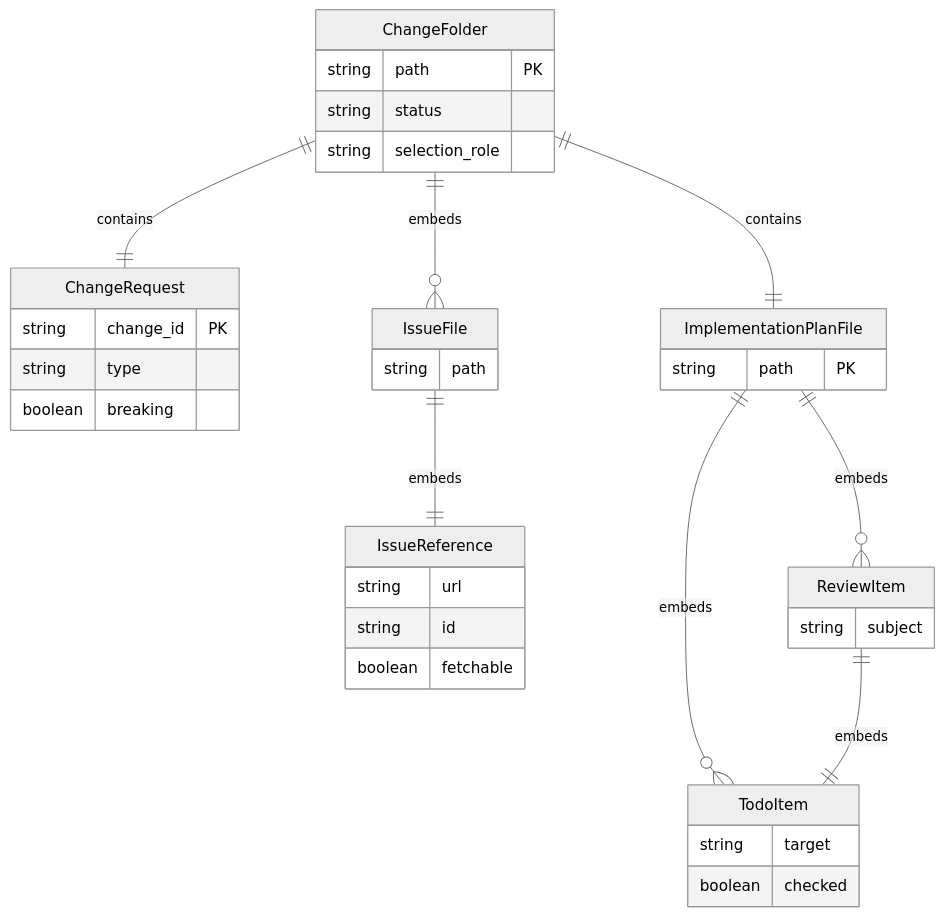
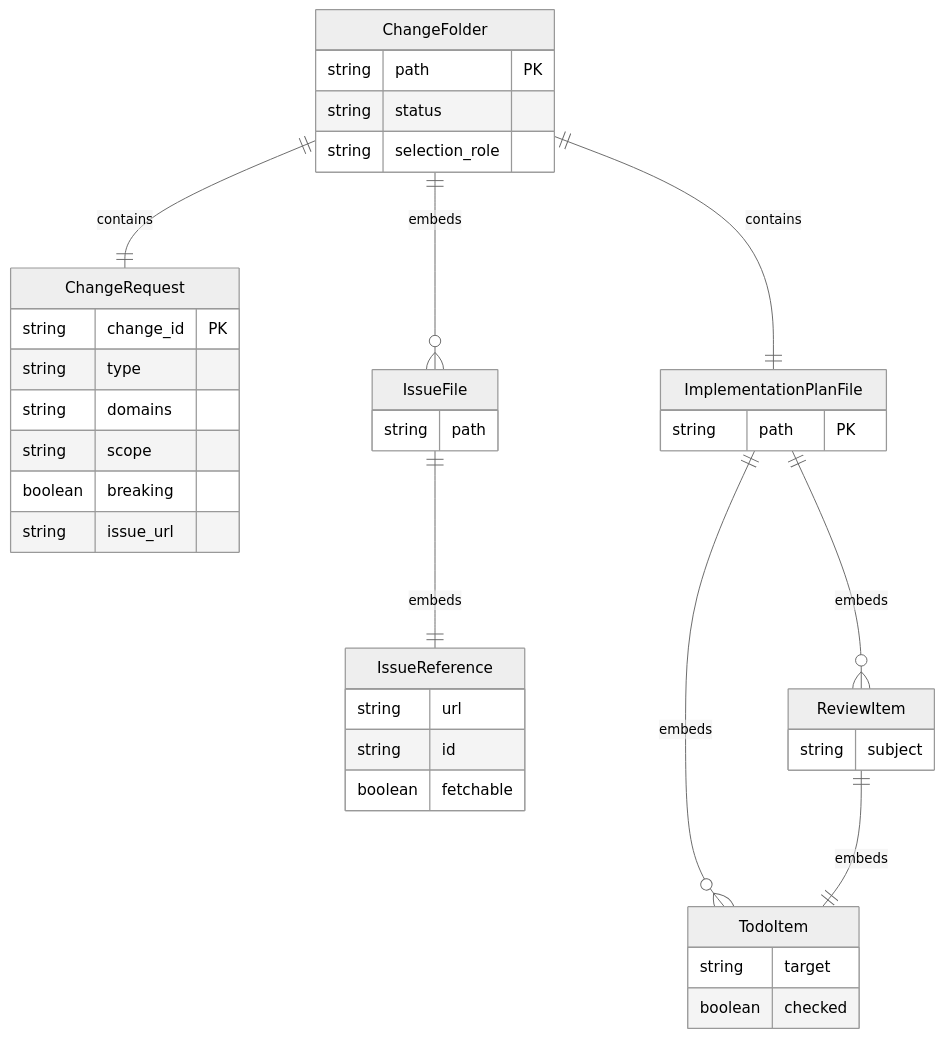
The fourth of 4 diagrams in uspecs/specs/prod/softeng/context.md (untillpro/uspecs), drawn with Mermaid (neutral theme) before and after one commit. The commit also changed other lines of this file and 13 other files, not shown here.

````diff
--- a/uspecs/specs/prod/softeng/context.md
+++ b/uspecs/specs/prod/softeng/context.md
@@ -213,38 +213,41 @@
 ```mermaid
 erDiagram
     ChangeFolder {
         string path PK
         string status
         string selection_role
     }
     ChangeRequest {
         string change_id PK
         string type
+        string domains
+        string scope
         boolean breaking
+        string issue_url
     }
     IssueReference {
         string url
         string id
         boolean fetchable
     }
     IssueFile {
         string path
     }
     ImplementationPlanFile {
         string path PK
     }
     TodoItem {
         string target
         boolean checked
     }
     ReviewItem {
         string subject
     }
     ChangeFolder ||--|| ChangeRequest : contains
     ChangeFolder ||--o{ IssueFile : embeds
     IssueFile ||--|| IssueReference : embeds
     ChangeFolder ||--|| ImplementationPlanFile : contains
     ImplementationPlanFile ||--o{ TodoItem : embeds
     ImplementationPlanFile ||--o{ ReviewItem : embeds
     ReviewItem ||--|| TodoItem : embeds
 ```
````
